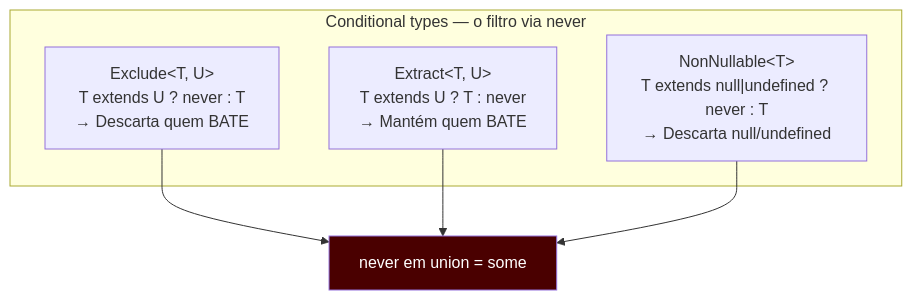
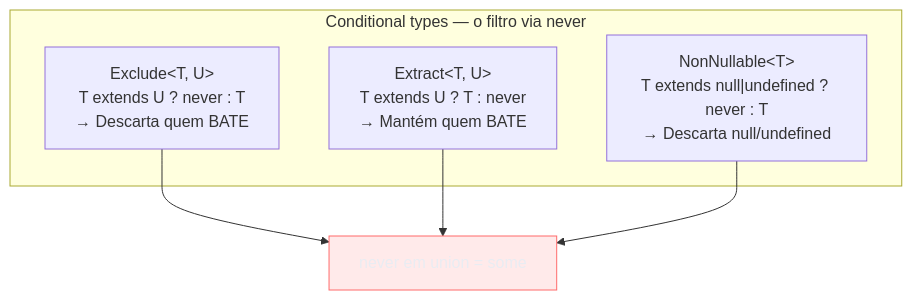
One commit to josenaldo/codex-technomanticus changed the third of 6 diagrams in 03-Dominios/Tecnologia/TypeScript/18 - Utility types - e como reconstruí-los.md. Above: the diagram before and after it, drawn with Mermaid. The commit also changed other lines of this file and 1181 other files, not shown here.

First line of the commit message:
fix(diagramas): paleta do sistema no lugar de cor cravada no markdown

````diff
--- a/03-Dominios/Tecnologia/TypeScript/18 - Utility types - e como reconstruí-los.md
+++ b/03-Dominios/Tecnologia/TypeScript/18 - Utility types - e como reconstruí-los.md
@@ -316,15 +320,16 @@
 ```mermaid
 flowchart TD
+    classDef falha fill:#FF6B6B24,stroke:#FF6B6B,color:#E9ECF2
     subgraph "Conditional types — o filtro via never"
         EX["Exclude&lt;T, U&gt;\nT extends U ? never : T\n→ Descarta quem BATE"]
         ET["Extract&lt;T, U&gt;\nT extends U ? T : never\n→ Mantém quem BATE"]
         NN["NonNullable&lt;T&gt;\nT extends null|undefined ? never : T\n→ Descarta null/undefined"]
     end
 
     NEVER["never em union = some"]
     EX --> NEVER
     ET --> NEVER
     NN --> NEVER
 
-    style NEVER fill:#4a0000,color:#fff
+    class NEVER falha
 ```
````
